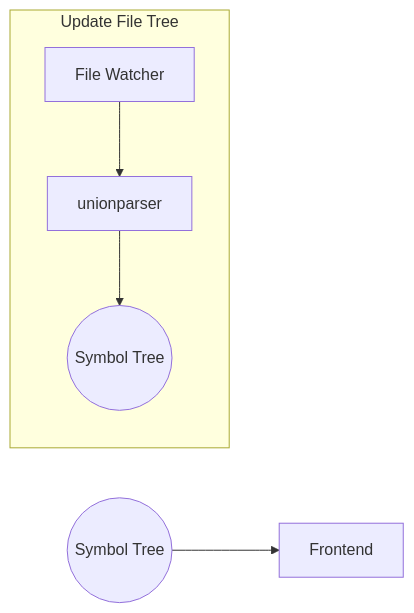
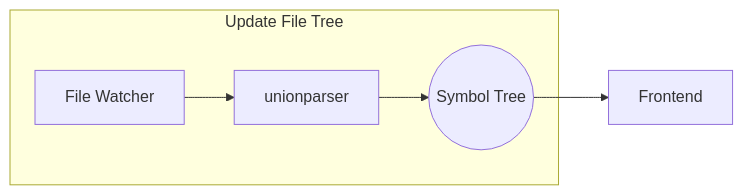
Before and after one commit to FunningC0217/UnionParser: the third of 5 diagrams in README.md, drawn with Mermaid.

````diff
--- a/README.md
+++ b/README.md
@@ -31,7 +31,7 @@
 ```mermaid
 graph LR;
 subgraph Update File Tree
 FW[File Watcher]-->UP[unionparser]-->S((Symbol Tree))
 end
-T((Symbol Tree))-->A[Frontend]
+S((Symbol Tree))-->A[Frontend]
 ```
````
